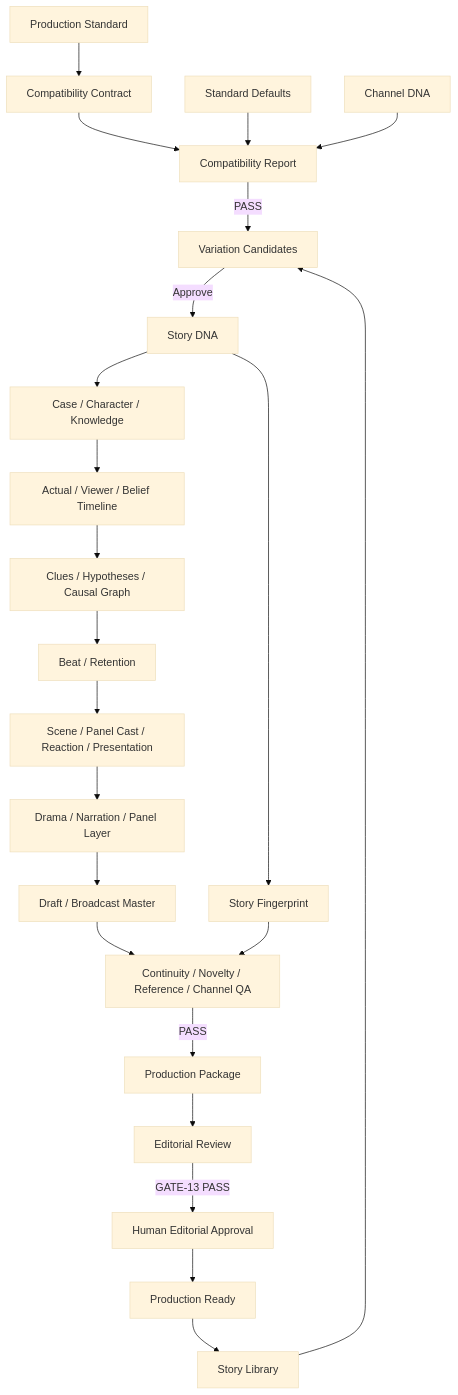
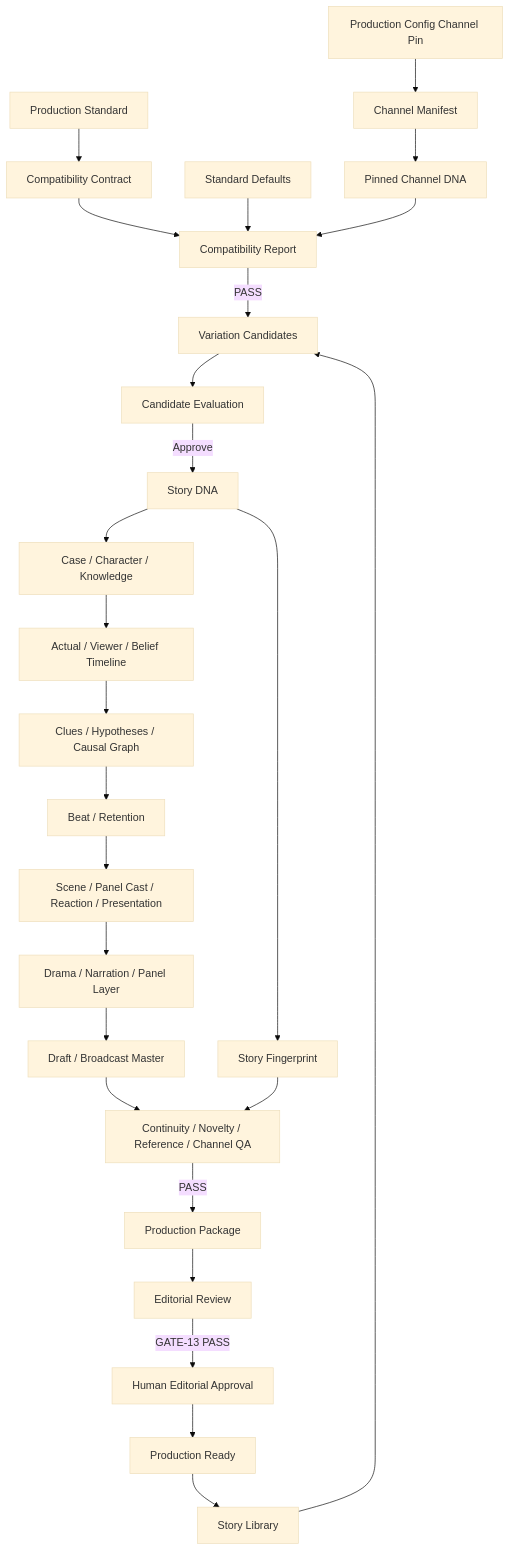
One commit to zzocojoa/mystery-starter-kit changed the first of 3 diagrams in docs/01-plan/erd.md. Above: the diagram before and after it, drawn with Mermaid (base theme). The commit also changed other lines of this file and 149 other files, not shown here.

First line of the commit message:
feat: add Channel DNA v2 framework support (#20)

````diff
--- a/docs/01-plan/erd.md
+++ b/docs/01-plan/erd.md
@@ -3,25 +3,28 @@
 ```mermaid
 flowchart TD
     S[Production Standard] --> C[Compatibility Contract]
     C --> R[Compatibility Report]
     D[Standard Defaults] --> R
-    CD[Channel DNA] --> R
+    PC[Production Config Channel Pin] --> CM[Channel Manifest]
+    CM --> CD[Pinned Channel DNA]
+    CD --> R
     R -->|PASS| V[Variation Candidates]
     L[Story Library] --> V
-    V -->|Approve| T[Story DNA]
+    V --> CE[Candidate Evaluation]
+    CE -->|Approve| T[Story DNA]
     T --> F[Story Fingerprint]
     T --> K[Case / Character / Knowledge]
     K --> M[Actual / Viewer / Belief Timeline]
     M --> Q[Clues / Hypotheses / Causal Graph]
     Q --> B[Beat / Retention]
     B --> N[Scene / Panel Cast / Reaction / Presentation]
     N --> X[Drama / Narration / Panel Layer]
     X --> Y[Draft / Broadcast Master]
     Y --> A[Continuity / Novelty / Reference / Channel QA]
     F --> A
     A -->|PASS| P[Production Package]
     P --> E[Editorial Review]
     E -->|GATE-13 PASS| HE[Human Editorial Approval]
     HE --> Z[Production Ready]
     Z --> L
 ```
````
